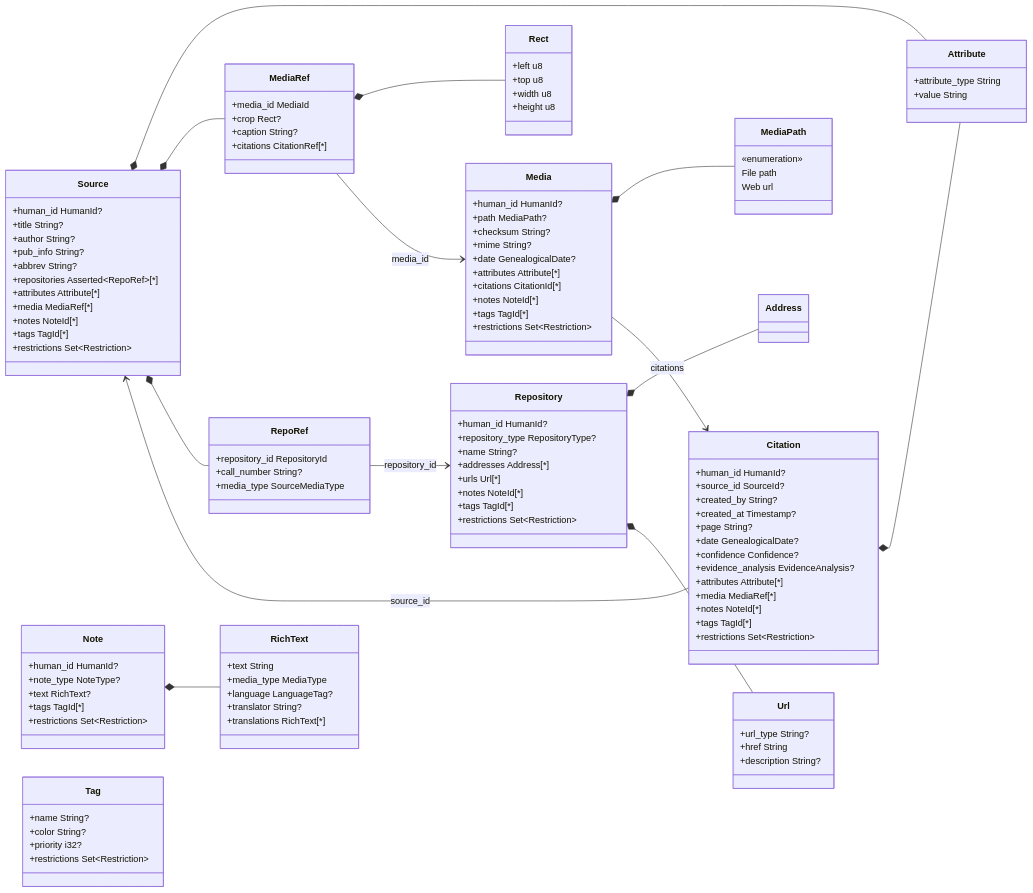
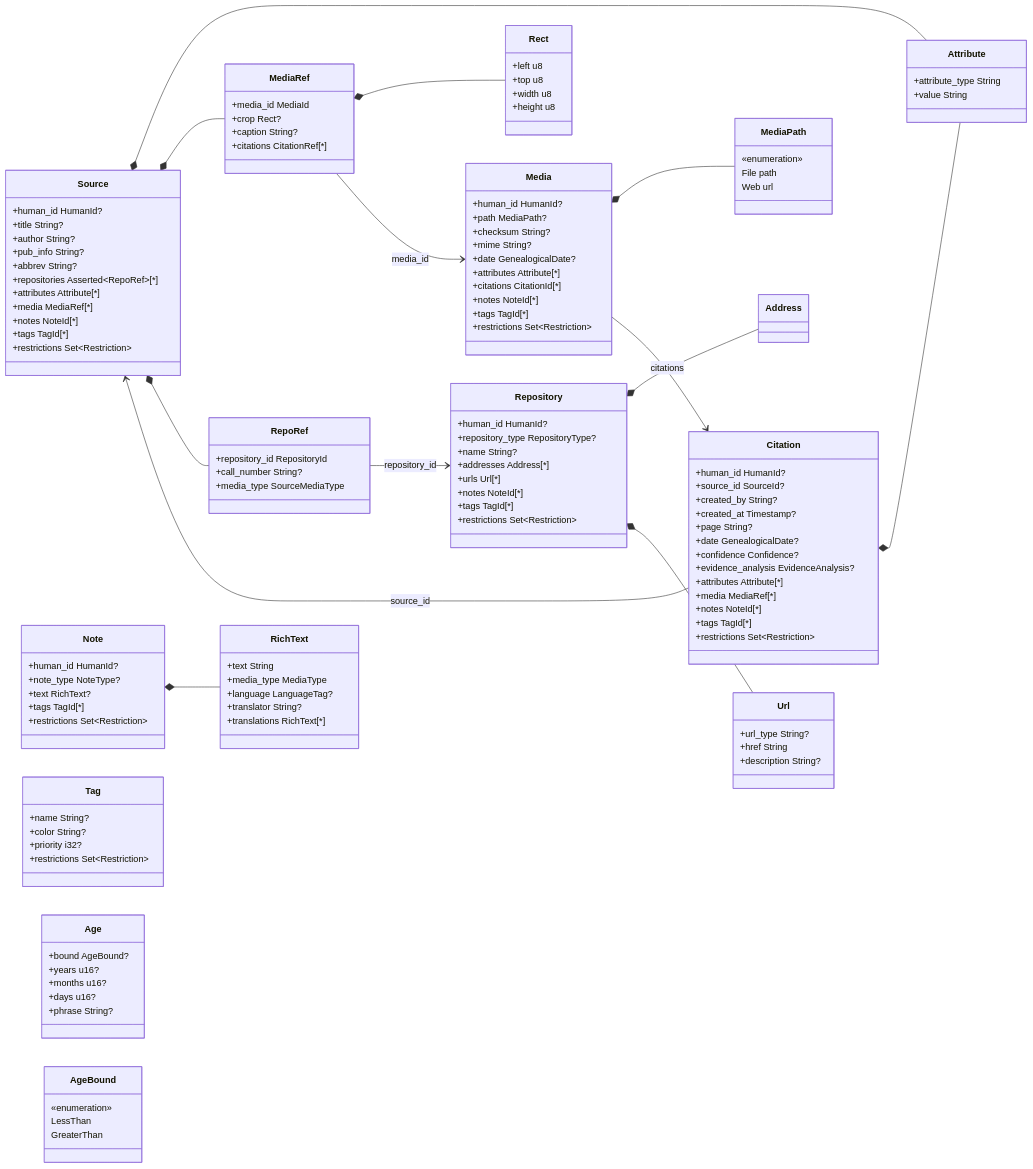
Before and after one commit to magne/vitni: the sixth of 7 diagrams in docs/data-model-diagram.md, drawn with Mermaid. The commit also changed other lines of this file and 3 other files, not shown here.

```diff
--- a/docs/data-model-diagram.md
+++ b/docs/data-model-diagram.md
@@ -521,6 +526,18 @@
         +attribute_type String
         +value String
     }
+    class Age {
+        +bound AgeBound?
+        +years u16?
+        +months u16?
+        +days u16?
+        +phrase String?
+    }
+    class AgeBound {
+        «enumeration»
+        LessThan
+        GreaterThan
+    }
     class MediaRef {
         +media_id MediaId
         +crop Rect?
```
